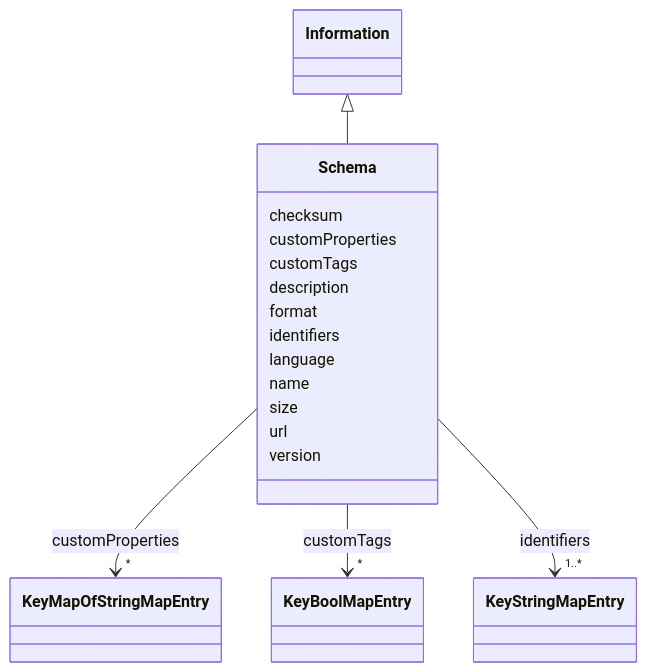
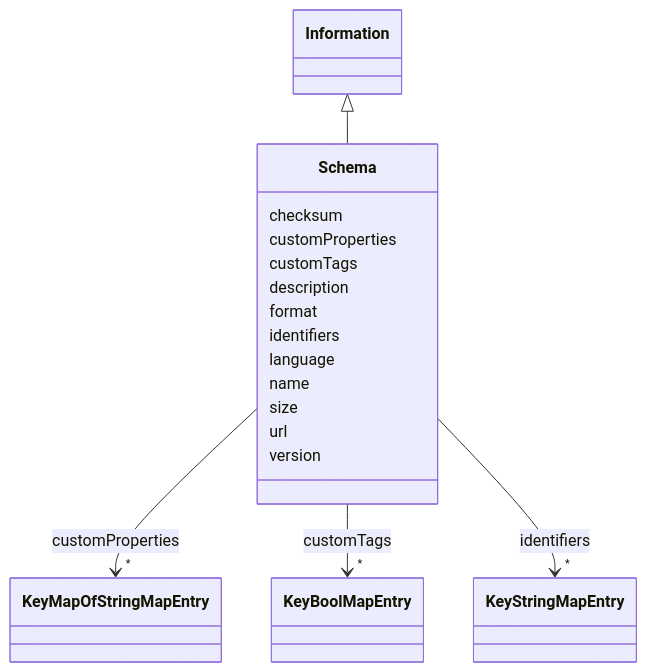
One commit to takashikasuya/smartbuiding_ontology changed the diagram in docs/Schema.md. Above: the diagram before and after it, drawn with Mermaid. The commit also changed other lines of this file and 89 other files, not shown here.

````diff
--- a/docs/Schema.md
+++ b/docs/Schema.md
@@ -18,58 +18,58 @@
 ```mermaid
  classDiagram
     class Schema
     click Schema href "../Schema/"
       Information <|-- Schema
         click Information href "../Information/"
       
       Schema : checksum
         
       Schema : customProperties
         
           
     
         
         
         Schema --> "*" KeyMapOfStringMapEntry : customProperties
         click KeyMapOfStringMapEntry href "../KeyMapOfStringMapEntry/"
     
 
         
       Schema : customTags
         
           
     
         
         
         Schema --> "*" KeyBoolMapEntry : customTags
         click KeyBoolMapEntry href "../KeyBoolMapEntry/"
     
 
         
       Schema : description
         
       Schema : format
         
       Schema : identifiers
         
           
     
         
         
-        Schema --> "1..*" KeyStringMapEntry : identifiers
+        Schema --> "*" KeyStringMapEntry : identifiers
         click KeyStringMapEntry href "../KeyStringMapEntry/"
     
 
         
       Schema : language
         
       Schema : name
         
       Schema : size
         
       Schema : url
         
       Schema : version
         
       
 ```
````
